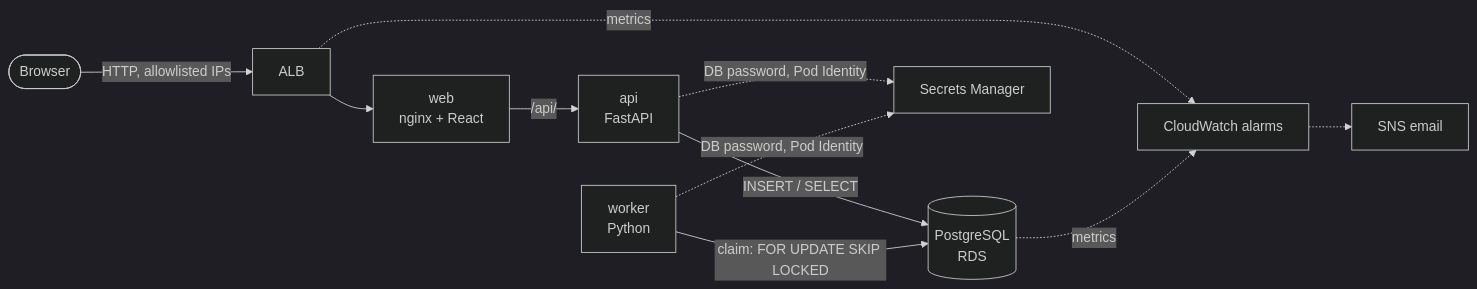
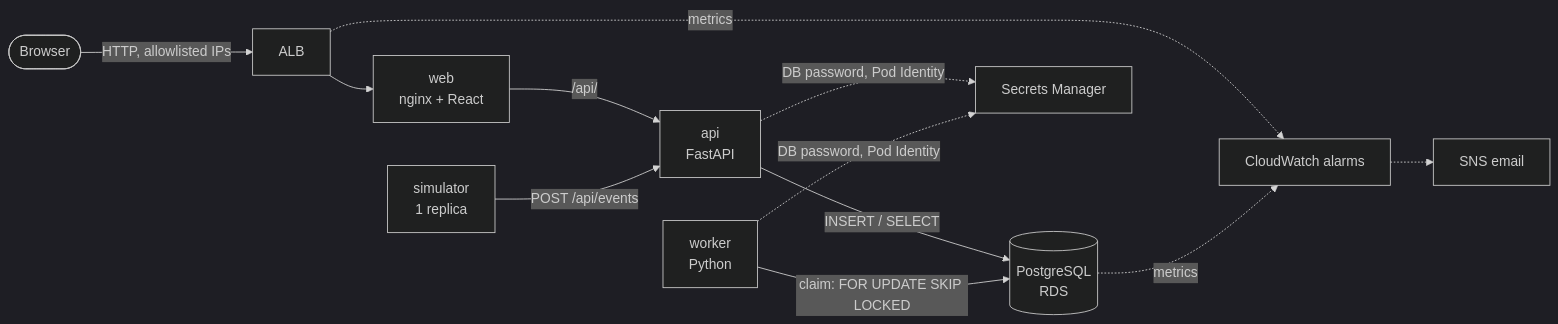
One commit to c-cazworks/pulsequeue changed the diagram in docs/architecture.md. Above: the diagram before and after it, drawn with Mermaid (dark theme). The commit also changed other lines of this file and 31 other files, not shown here.

````diff
--- a/docs/architecture.md
+++ b/docs/architecture.md
@@ -9,10 +19,11 @@
 ```mermaid
 flowchart LR
   user([Browser]) -->|HTTP, allowlisted IPs| alb[ALB]
   alb --> web["web<br/>nginx + React"]
   web -->|/api/| api["api<br/>FastAPI"]
   api -->|INSERT / SELECT| db[("PostgreSQL<br/>RDS")]
   worker["worker<br/>Python"] -->|"claim: FOR UPDATE SKIP LOCKED"| db
+  sim["simulator<br/>1 replica"] -->|"POST /api/events"| api
   api & worker -.->|DB password, Pod Identity| sm[Secrets Manager]
   alb & db -.->|metrics| cw[CloudWatch alarms] -.-> sns[SNS email]
 ```
````
